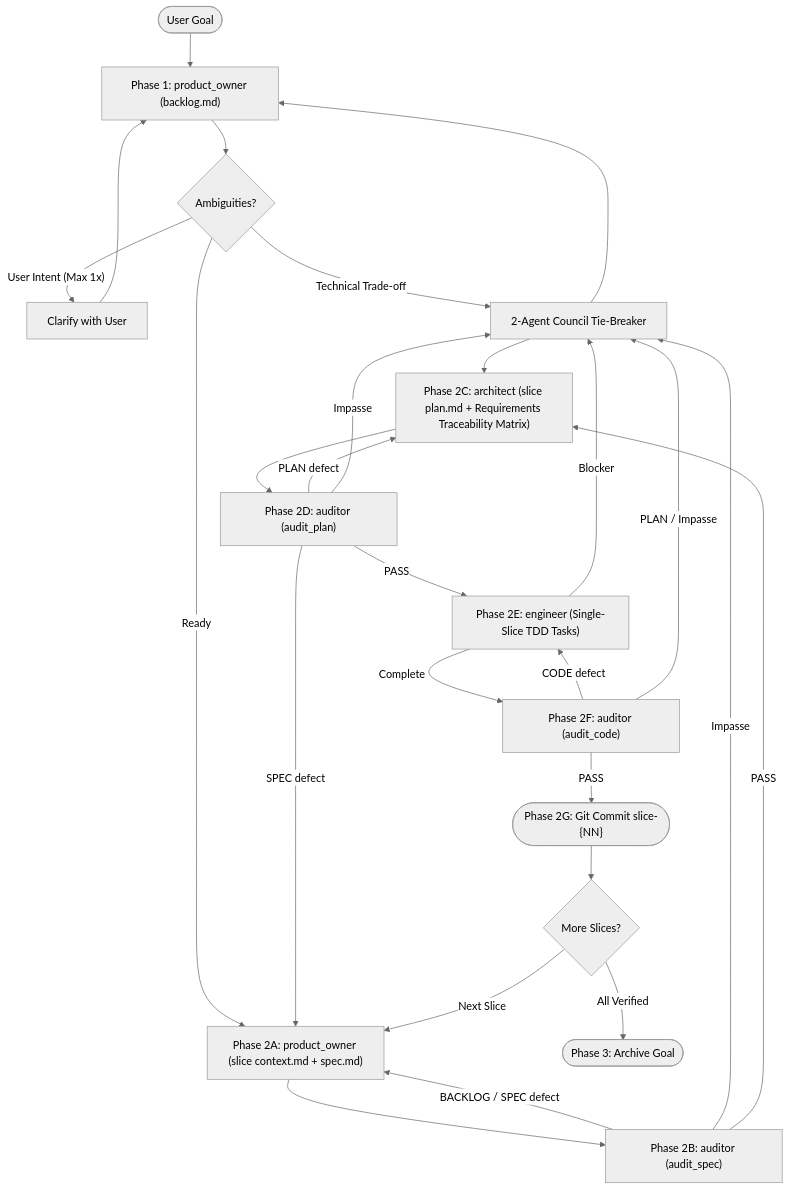
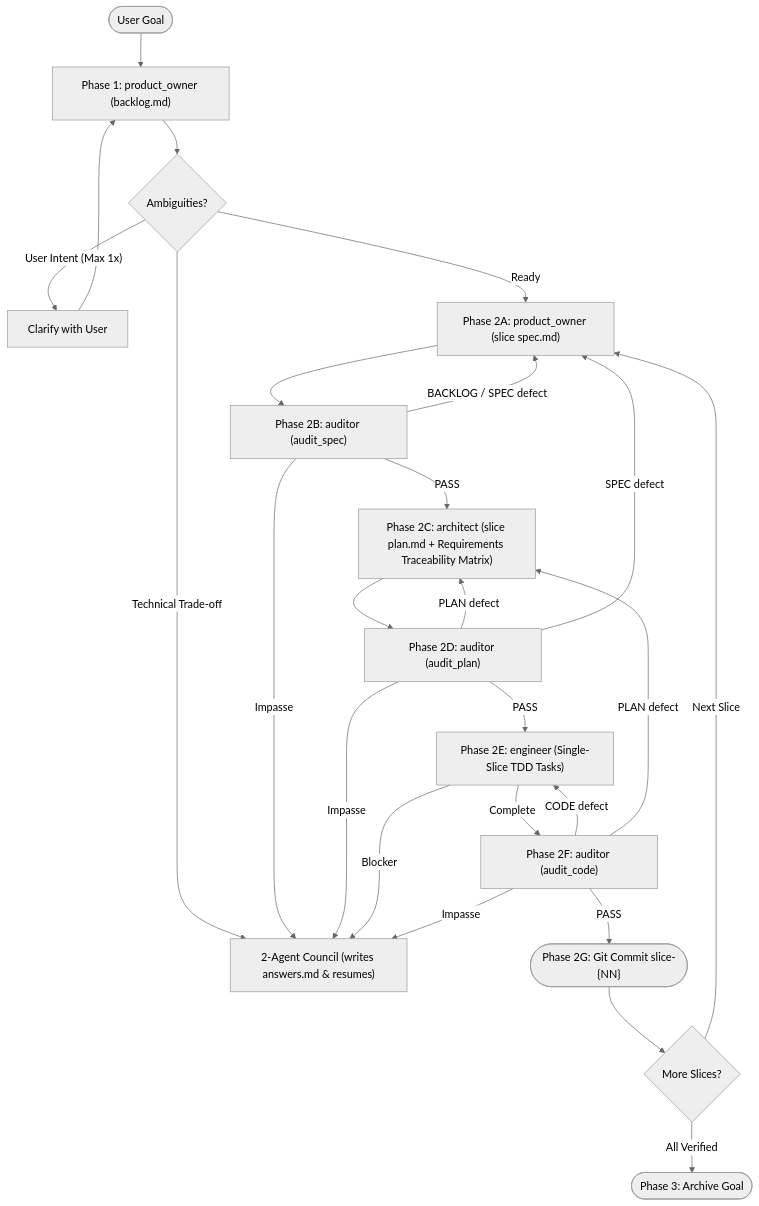
One commit to jjdelorme/plan-commands changed the first of 2 diagrams in README.md. Above: the diagram before and after it, drawn with Mermaid (neutral theme). The commit also changed other lines of this file and 7 other files, not shown here.

````diff
--- a/README.md
+++ b/README.md
@@ -80,25 +80,26 @@
 ```mermaid
 graph TD
     Start(["User Goal"]) --> POBacklog["Phase 1: product_owner (backlog.md)"]
     POBacklog --> Questions{"Ambiguities?"}
     Questions -- "User Intent (Max 1x)" --> AskUser["Clarify with User"] --> POBacklog
-    Questions -- "Technical Trade-off" --> Council["2-Agent Council Tie-Breaker"] --> POBacklog
-    Questions -- "Ready" --> POSlice["Phase 2A: product_owner (slice context.md + spec.md)"]
+    Questions -- "Technical Trade-off" --> Council["2-Agent Council (writes answers.md & resumes)"]
+    Questions -- "Ready" --> POSlice["Phase 2A: product_owner (slice spec.md)"]
     POSlice --> SpecAudit["Phase 2B: auditor (audit_spec)"]
     SpecAudit -- "BACKLOG / SPEC defect" --> POSlice
     SpecAudit -- "Impasse" --> Council
     SpecAudit -- "PASS" --> Architect["Phase 2C: architect (slice plan.md + Requirements Traceability Matrix)"]
     Architect --> PlanAudit["Phase 2D: auditor (audit_plan)"]
     PlanAudit -- "PLAN defect" --> Architect
     PlanAudit -- "SPEC defect" --> POSlice
     PlanAudit -- "Impasse" --> Council
     PlanAudit -- "PASS" --> Engineer["Phase 2E: engineer (Single-Slice TDD Tasks)"]
-    Engineer -- "Blocker" --> Council --> Architect
+    Engineer -- "Blocker" --> Council
     Engineer -- "Complete" --> CodeAudit["Phase 2F: auditor (audit_code)"]
     CodeAudit -- "CODE defect" --> Engineer
-    CodeAudit -- "PLAN / Impasse" --> Council
+    CodeAudit -- "PLAN defect" --> Architect
+    CodeAudit -- "Impasse" --> Council
     CodeAudit -- "PASS" --> Commit(["Phase 2G: Git Commit slice-{NN}"])
     Commit --> MoreSlices{"More Slices?"}
     MoreSlices -- "Next Slice" --> POSlice
     MoreSlices -- "All Verified" --> Archive(["Phase 3: Archive Goal"])
 ```
````
